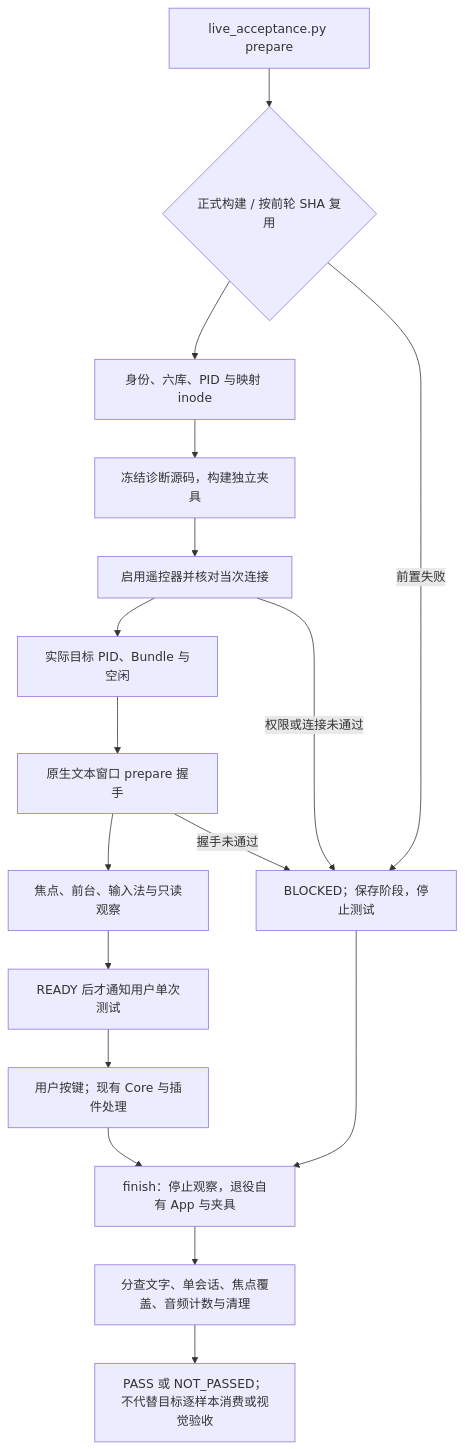
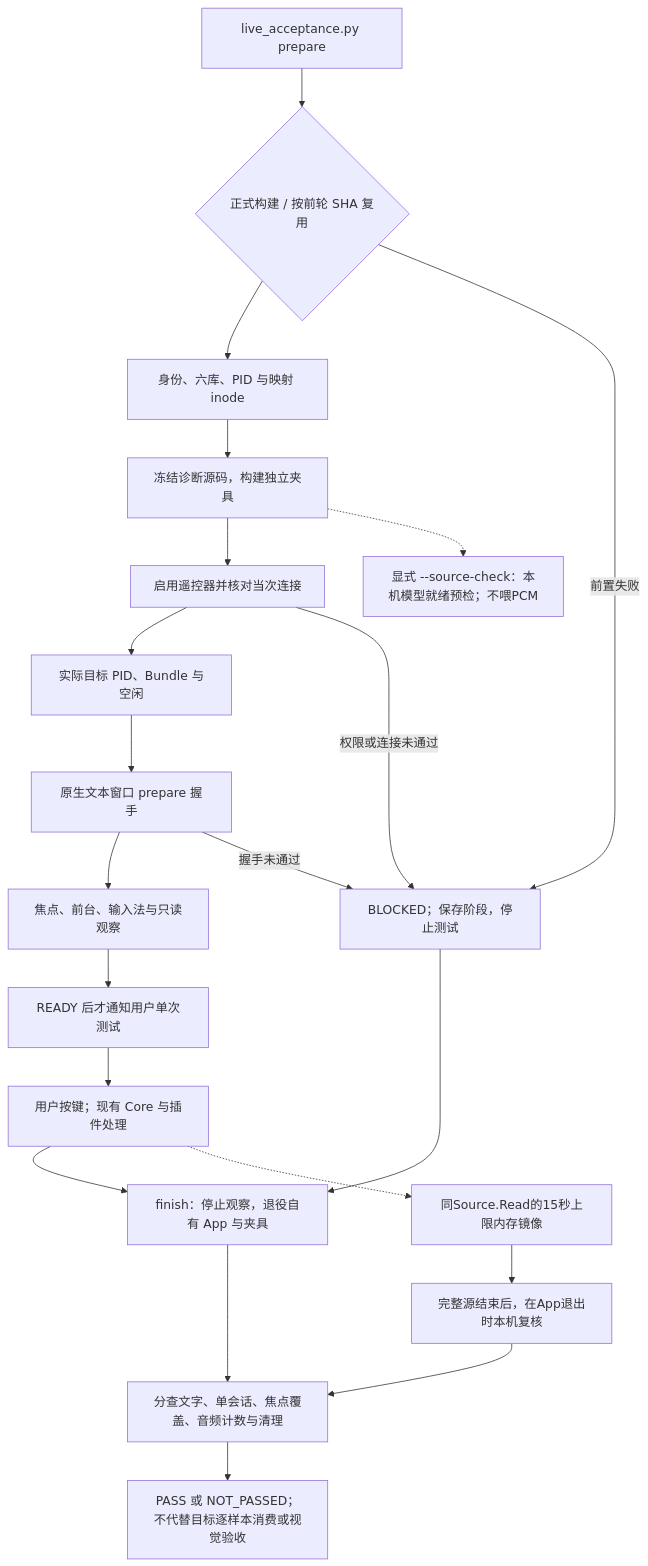
One commit to daftAI2026/MiMac changed the diagram in tools/workbench/diagrams/live-acceptance.mmd. Above: the diagram before and after it, drawn with Mermaid. The commit also changed 12 other files, not shown here.

```diff
--- a/tools/workbench/diagrams/live-acceptance.mmd
+++ b/tools/workbench/diagrams/live-acceptance.mmd
@@ -1,17 +1,21 @@
 flowchart TD
     entry["live_acceptance.py prepare"] --> fixed{"正式构建 / 按前轮 SHA 复用"}
     fixed --> identity["身份、六库、PID 与映射 inode"]
     identity --> native["冻结诊断源码，构建独立夹具"]
     native --> route["启用遥控器并核对当次连接"]
     route --> idle["实际目标 PID、Bundle 与空闲"]
     idle --> client["原生文本窗口 prepare 握手"]
     client --> focus["焦点、前台、输入法与只读观察"]
     focus --> ready["READY 后才通知用户单次测试"]
     fixed -->|前置失败| blocked["BLOCKED；保存阶段，停止测试"]
     route -->|权限或连接未通过| blocked
     client -->|握手未通过| blocked
     ready --> human["用户按键；现有 Core 与插件处理"]
     human --> finish["finish：停止观察，退役自有 App 与夹具"]
     blocked --> finish
     finish --> evidence["分查文字、单会话、焦点覆盖、音频计数与清理"]
     evidence --> result["PASS 或 NOT_PASSED；不代替目标逐样本消费或视觉验收"]
+    native -.-> probeMode["显式 --source-check：本机模型就绪预检；不喂PCM"]
+    human -.-> mirror["同Source.Read的15秒上限内存镜像"]
+    mirror --> exitReplay["完整源结束后，在App退出时本机复核"]
+    exitReplay --> evidence
```
